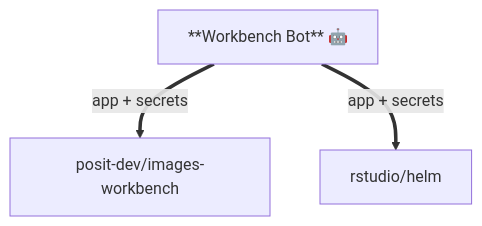
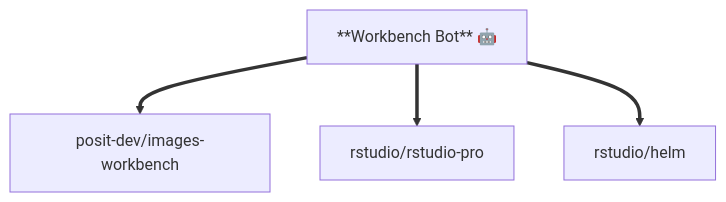
One commit to posit-dev/images-shared changed the third of 5 diagrams in pulumi/github/github-apps/README.md. Above: the diagram before and after it, drawn with Mermaid. The commit also changed other lines of this file and 2 other files, not shown here.

First line of the commit message:
Add product repos to bot installations

````diff
--- a/pulumi/github/github-apps/README.md
+++ b/pulumi/github/github-apps/README.md
@@ -68,7 +72,8 @@
 ```mermaid
 graph TD
     BOT["**Workbench Bot** 🤖"]
 
-    BOT ==>|app + secrets| IW["posit-dev/images-workbench"]
-    BOT ==>|app + secrets| HELM["rstudio/helm"]
+    BOT ==> IW["posit-dev/images-workbench"]
+    BOT ==> RSP["rstudio/rstudio-pro"]
+    BOT ==> HELM["rstudio/helm"]
 ```
````
